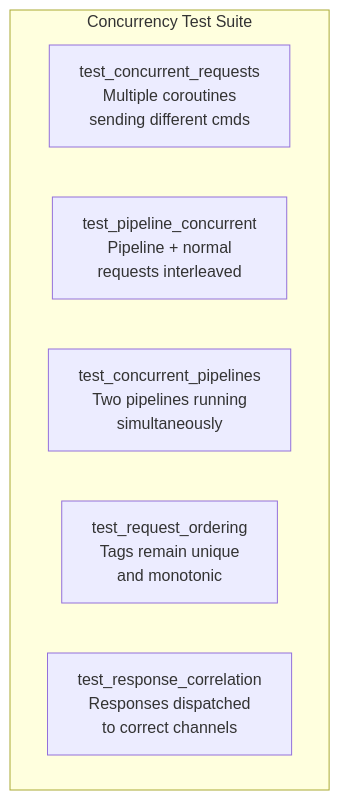
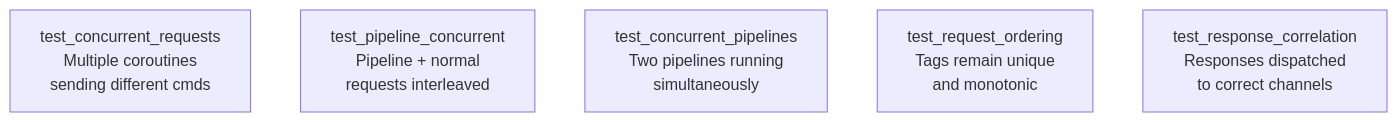
The diagram in docs/Epics/Epic_6/Story_2.md (microscaler/may_redis), drawn with Mermaid before and after one commit. The commit also changed other lines of this file and 4 other files, not shown here.

````diff
--- a/docs/Epics/Epic_6/Story_2.md
+++ b/docs/Epics/Epic_6/Story_2.md
@@ -15,10 +15,8 @@
 ```mermaid
 graph TB
-    subgraph "Concurrency Test Suite"
-        TC1[test_concurrent_requests<br/>Multiple coroutines<br/>sending different cmds]
-        TC2[test_pipeline_concurrent<br/>Pipeline + normal<br/>requests interleaved]
-        TC3[test_concurrent_pipelines<br/>Two pipelines running<br/>simultaneously]
-        TC4[test_request_ordering<br/>Tags remain unique<br/>and monotonic]
-        TC5[test_response_correlation<br/>Responses dispatched<br/>to correct channels]
-    end
+    TC1[test_concurrent_requests<br/>Multiple coroutines<br/>sending different cmds]
+    TC2[test_pipeline_concurrent<br/>Pipeline + normal<br/>requests interleaved]
+    TC3[test_concurrent_pipelines<br/>Two pipelines running<br/>simultaneously]
+    TC4[test_request_ordering<br/>Tags remain unique<br/>and monotonic]
+    TC5[test_response_correlation<br/>Responses dispatched<br/>to correct channels]
 ```
````
